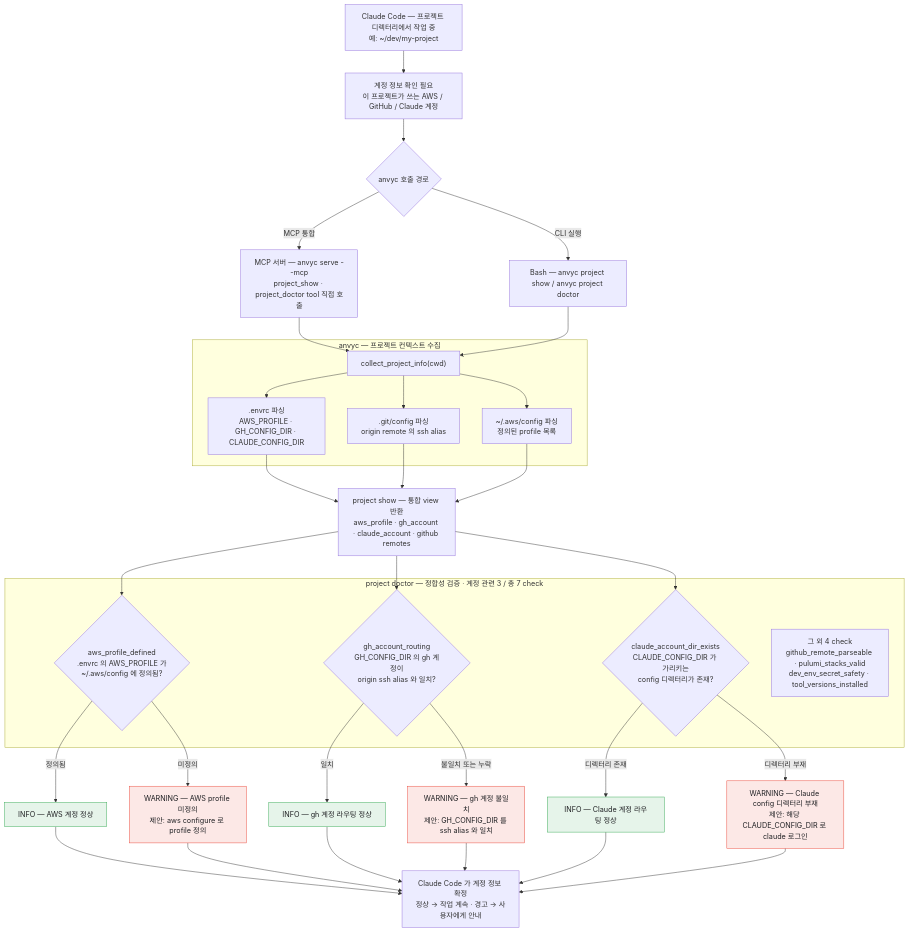
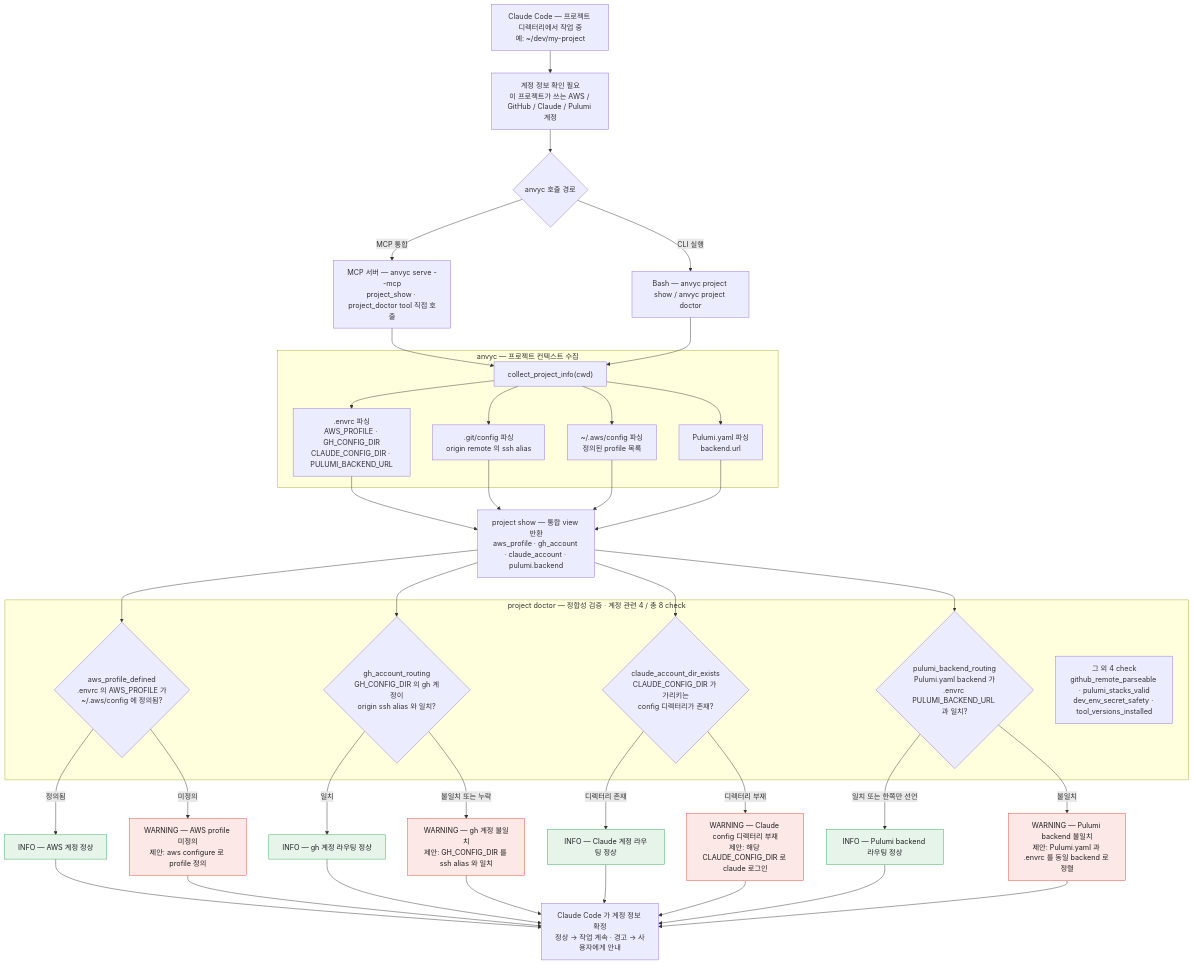
One commit to 16bitdo/anvyc changed the diagram in docs/account-check-flow.mmd. Above: the diagram before and after it, drawn with Mermaid. The commit also changed 16 other files, not shown here.

First line of the commit message:
feat: per-project Pulumi backend 라우팅 인식 (account-routing Phase 2)

```diff
--- a/docs/account-check-flow.mmd
+++ b/docs/account-check-flow.mmd
@@ -1,59 +1,67 @@
 %% anvyc — Claude Code 에서 프로젝트 계정 정보 확인 과정
 %% 대상: anvyc v0.12.0 · 생성 2026-05-21
 flowchart TB
     Start["Claude Code — 프로젝트 디렉터리에서 작업 중<br>예: ~/dev/my-project"]
-    Trigger["계정 정보 확인 필요<br>이 프로젝트가 쓰는 AWS / GitHub / Claude 계정"]
+    Trigger["계정 정보 확인 필요<br>이 프로젝트가 쓰는 AWS / GitHub / Claude / Pulumi 계정"]
     Invoke{"anvyc 호출 경로"}
     MCP["MCP 서버 — anvyc serve --mcp<br>project_show · project_doctor tool 직접 호출"]
     CLI["Bash — anvyc project show / anvyc project doctor"]
 
     Start --> Trigger
     Trigger --> Invoke
     Invoke -->|"MCP 통합"| MCP
     Invoke -->|"CLI 실행"| CLI
 
     subgraph SG_COLLECT["anvyc — 프로젝트 컨텍스트 수집"]
         Collect["collect_project_info(cwd)"]
-        Collect --> Envrc[".envrc 파싱<br>AWS_PROFILE · GH_CONFIG_DIR · CLAUDE_CONFIG_DIR"]
+        Collect --> Envrc[".envrc 파싱<br>AWS_PROFILE · GH_CONFIG_DIR<br>CLAUDE_CONFIG_DIR · PULUMI_BACKEND_URL"]
         Collect --> GitCfg[".git/config 파싱<br>origin remote 의 ssh alias"]
         Collect --> AwsCfg["~/.aws/config 파싱<br>정의된 profile 목록"]
+        Collect --> PulCfg["Pulumi.yaml 파싱<br>backend.url"]
     end
 
     MCP --> Collect
     CLI --> Collect
 
-    Show["project show — 통합 view 반환<br>aws_profile · gh_account · claude_account · github remotes"]
+    Show["project show — 통합 view 반환<br>aws_profile · gh_account · claude_account · pulumi.backend"]
     Envrc --> Show
     GitCfg --> Show
     AwsCfg --> Show
+    PulCfg --> Show
 
-    subgraph SG_VERIFY["project doctor — 정합성 검증 · 계정 관련 3 / 총 7 check"]
+    subgraph SG_VERIFY["project doctor — 정합성 검증 · 계정 관련 4 / 총 8 check"]
         AwsChk{"aws_profile_defined<br>.envrc 의 AWS_PROFILE 가<br>~/.aws/config 에 정의됨?"}
         GhChk{"gh_account_routing<br>GH_CONFIG_DIR 의 gh 계정이<br>origin ssh alias 와 일치?"}
         ClaudeChk{"claude_account_dir_exists<br>CLAUDE_CONFIG_DIR 가 가리키는<br>config 디렉터리가 존재?"}
+        PulumiChk{"pulumi_backend_routing<br>Pulumi.yaml backend 가<br>.envrc PULUMI_BACKEND_URL 과 일치?"}
         Others["그 외 4 check<br>github_remote_parseable · pulumi_stacks_valid<br>dev_env_secret_safety · tool_versions_installed"]
     end
 
     Show --> AwsChk
     Show --> GhChk
     Show --> ClaudeChk
+    Show --> PulumiChk
 
     AwsChk -->|"정의됨"| AwsOk["INFO — AWS 계정 정상"]
     AwsChk -->|"미정의"| AwsWarn["WARNING — AWS profile 미정의<br>제안: aws configure 로 profile 정의"]
     GhChk -->|"일치"| GhOk["INFO — gh 계정 라우팅 정상"]
     GhChk -->|"불일치 또는 누락"| GhWarn["WARNING — gh 계정 불일치<br>제안: GH_CONFIG_DIR 를 ssh alias 와 일치"]
     ClaudeChk -->|"디렉터리 존재"| ClaudeOk["INFO — Claude 계정 라우팅 정상"]
     ClaudeChk -->|"디렉터리 부재"| ClaudeWarn["WARNING — Claude config 디렉터리 부재<br>제안: 해당 CLAUDE_CONFIG_DIR 로 claude 로그인"]
+    PulumiChk -->|"일치 또는 한쪽만 선언"| PulumiOk["INFO — Pulumi backend 라우팅 정상"]
+    PulumiChk -->|"불일치"| PulumiWarn["WARNING — Pulumi backend 불일치<br>제안: Pulumi.yaml 과 .envrc 를 동일 backend 로 정렬"]
 
     Result["Claude Code 가 계정 정보 확정<br>정상 → 작업 계속 · 경고 → 사용자에게 안내"]
     AwsOk --> Result
     AwsWarn --> Result
     GhOk --> Result
     GhWarn --> Result
     ClaudeOk --> Result
     ClaudeWarn --> Result
+    PulumiOk --> Result
+    PulumiWarn --> Result
 
     classDef ok fill:#e6f4ea,stroke:#34a853,color:#202124
     classDef warn fill:#fce8e6,stroke:#ea4335,color:#202124
-    class AwsOk,GhOk,ClaudeOk ok
-    class AwsWarn,GhWarn,ClaudeWarn warn
+    class AwsOk,GhOk,ClaudeOk,PulumiOk ok
+    class AwsWarn,GhWarn,ClaudeWarn,PulumiWarn warn
```
